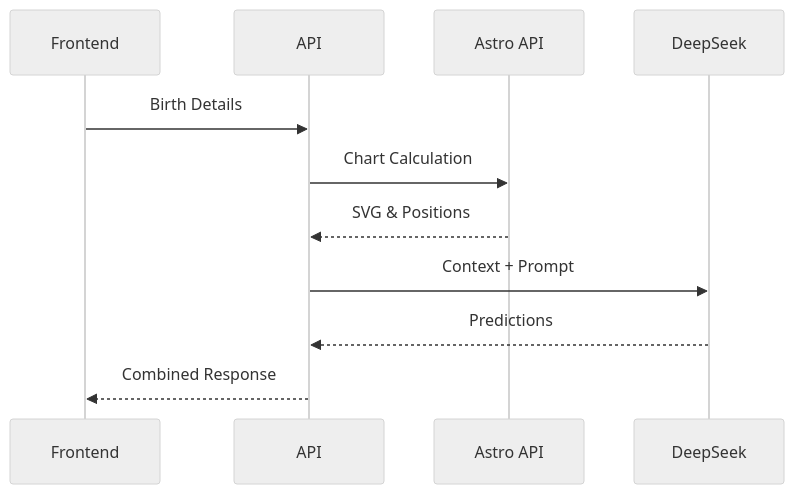
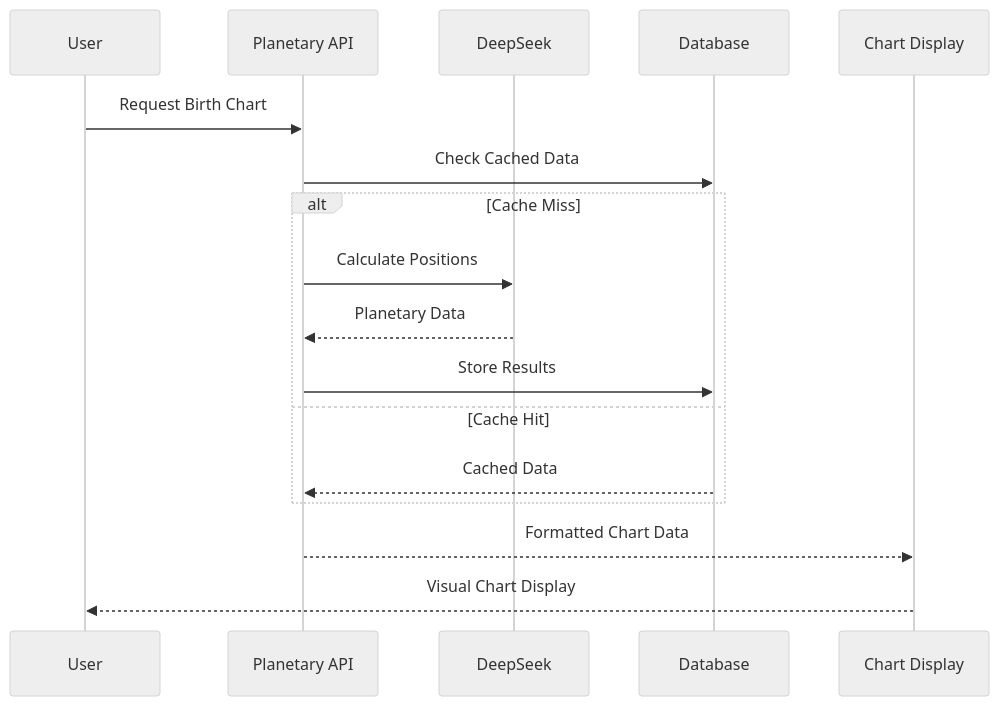
Diagram 12 of 16 in README.md (siddhant7482/astrocircle), drawn with Mermaid (neutral theme) before and after one commit. The commit also changed other lines of this file, not shown here.

````diff
--- a/README.md
+++ b/README.md
@@ -152,9 +734,22 @@
-   ```mermaid
-   sequenceDiagram
-   Frontend->>API: Birth Details
-   API->>Astro API: Chart Calculation
-   Astro API-->>API: SVG & Positions
-   API->>DeepSeek: Context + Prompt
-   DeepSeek-->>API: Predictions
-   API-->>Frontend: Combined Response
-   ```
+```mermaid
+sequenceDiagram
+    participant U as User
+    participant API as Planetary API
+    participant AI as DeepSeek
+    participant Cache as Database
+    participant UI as Chart Display
+    
+    U->>API: Request Birth Chart
+    API->>Cache: Check Cached Data
+    
+    alt Cache Miss
+        API->>AI: Calculate Positions
+        AI-->>API: Planetary Data
+        API->>Cache: Store Results
+    else Cache Hit
+        Cache-->>API: Cached Data
+    end
+    
+    API-->>UI: Formatted Chart Data
+    UI-->>U: Visual Chart Display
+```
````
